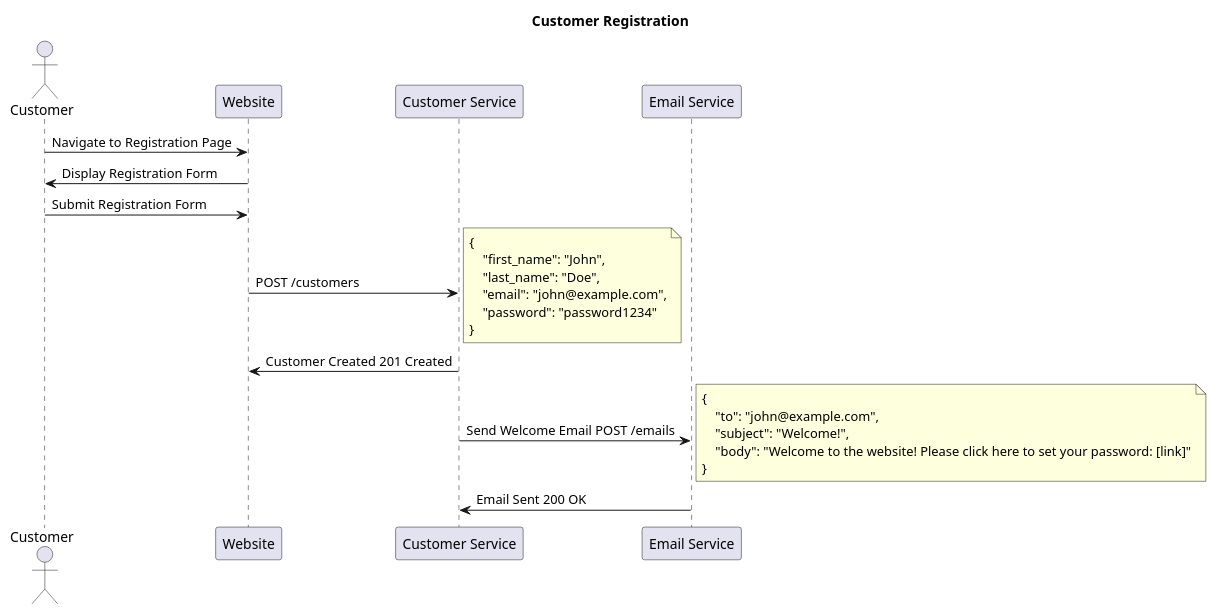
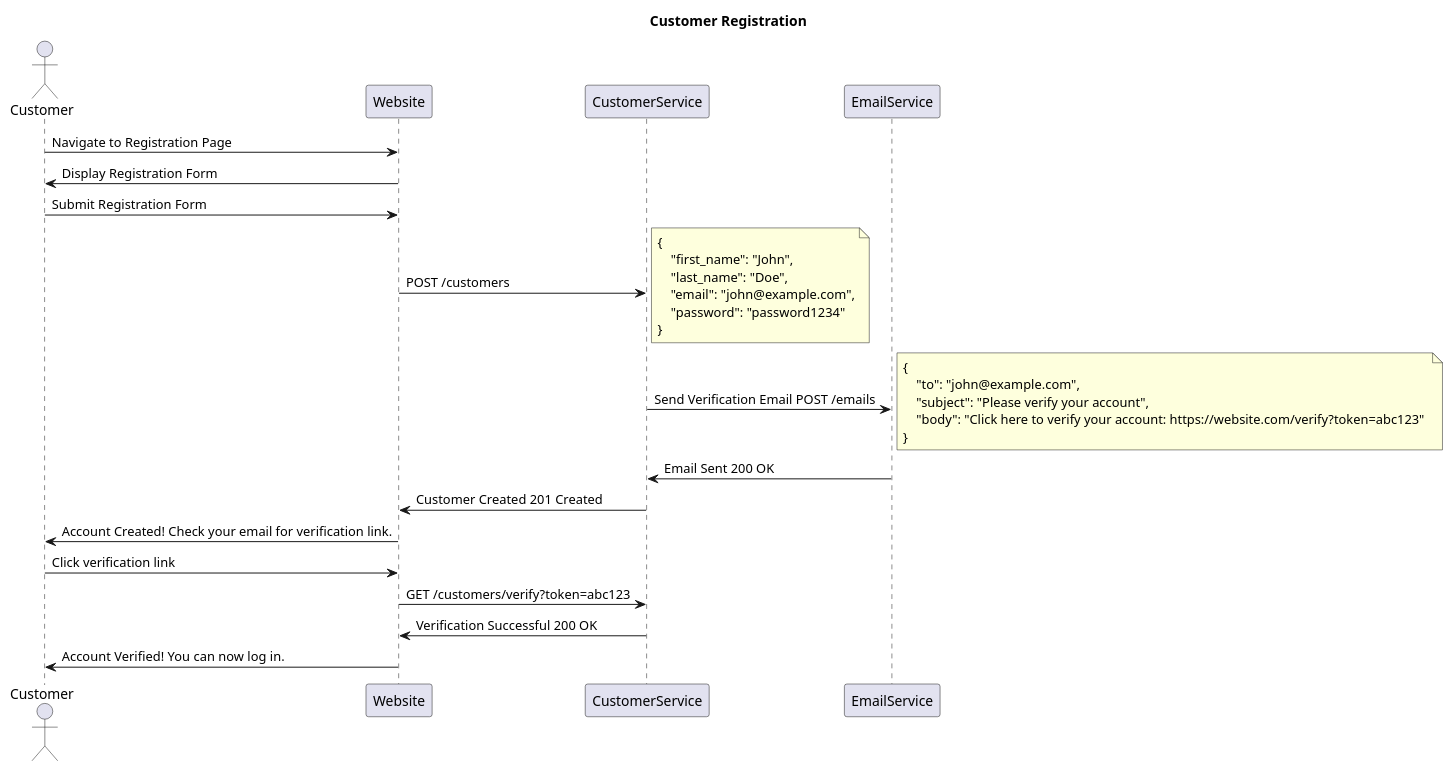
Before and after one commit to jjoneson/workforce-demo-scratch: the diagram in architecture/sequence-diagrams/Customer Registration.md, drawn with PlantUML.

Commit message:
Updated by Workflow

````diff
--- a/architecture/sequence-diagrams/Customer Registration.md
+++ b/architecture/sequence-diagrams/Customer Registration.md
@@ -2,33 +2,39 @@
 ```plantuml
 @startuml Customer Registration
 title Customer Registration
 actor Customer
 participant Website
-participant CustomerService as "Customer Service" 
-participant EmailService as "Email Service"
+participant CustomerService
+participant EmailService
 
 Customer -> Website: Navigate to Registration Page
 Website -> Customer: Display Registration Form
 Customer -> Website: Submit Registration Form
 Website -> CustomerService: POST /customers
 note right
 {
     "first_name": "John",
     "last_name": "Doe",
     "email": "john@example.com",
-    "password": "password1234" 
+    "password": "password1234"
 }
 end note
-CustomerService -> Website: Customer Created 201 Created
-CustomerService -> EmailService: Send Welcome Email POST /emails
+CustomerService -> EmailService: Send Verification Email POST /emails
 note right
 {
     "to": "john@example.com",
-    "subject": "Welcome!",
-    "body": "Welcome to the website! Please click here to set your password: [link]"
+    "subject": "Please verify your account",
+    "body": "Click here to verify your account: https://website.com/verify?token=abc123" 
 }
 end note
 EmailService -> CustomerService: Email Sent 200 OK
+CustomerService -> Website: Customer Created 201 Created
+Website -> Customer: Account Created! Check your email for verification link.
+
+Customer -> Website: Click verification link
+Website -> CustomerService: GET /customers/verify?token=abc123
+CustomerService -> Website: Verification Successful 200 OK
+Website -> Customer: Account Verified! You can now log in.
 
 @enduml
 ```
````
